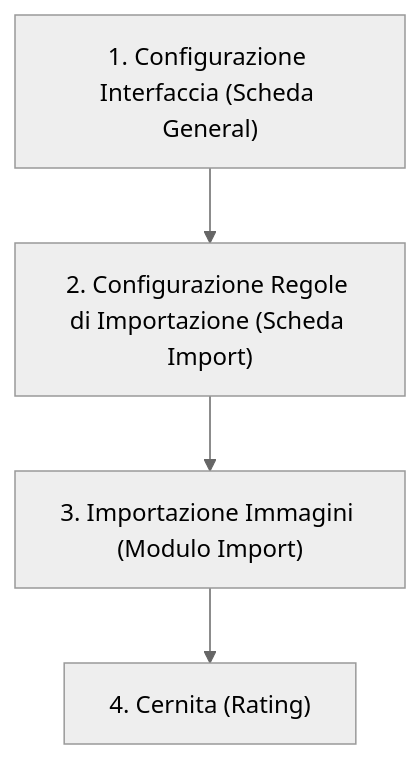
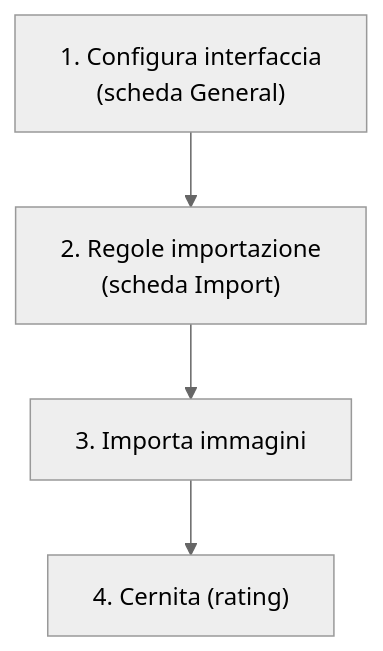
One commit to lorenzoperone/darktable-docs changed the diagram in docs/preferences/general-import.md. Above: the diagram before and after it, drawn with Mermaid (neutral theme). The commit also changed 40 other files, not shown here.

First line of the commit message:
fix: reformatta diagrammi Mermaid — etichette brevi, break line, italiano

````diff
--- a/docs/preferences/general-import.md
+++ b/docs/preferences/general-import.md
@@ -21,4 +21,4 @@
 ```mermaid
 flowchart TD
-    A["1. Configurazione Interfaccia (Scheda General)"] --> B["2. Configurazione Regole di Importazione (Scheda Import)"] --> C["3. Importazione Immagini (Modulo Import)"] --> D["4. Cernita (Rating)"]
+    A["1. Configura interfaccia<br/>(scheda General)"] --> B["2. Regole importazione<br/>(scheda Import)"] --> C["3. Importa immagini"] --> D["4. Cernita (rating)"]
 ```
````
